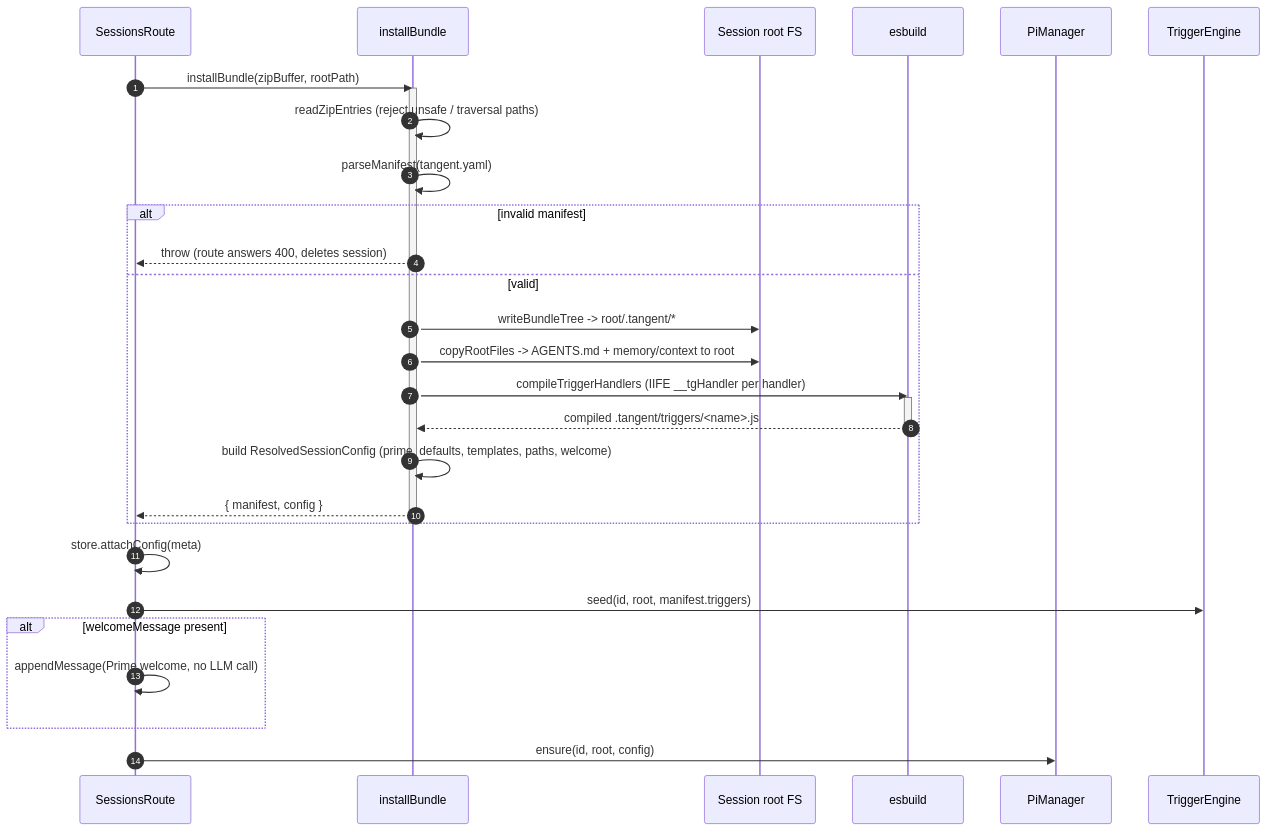
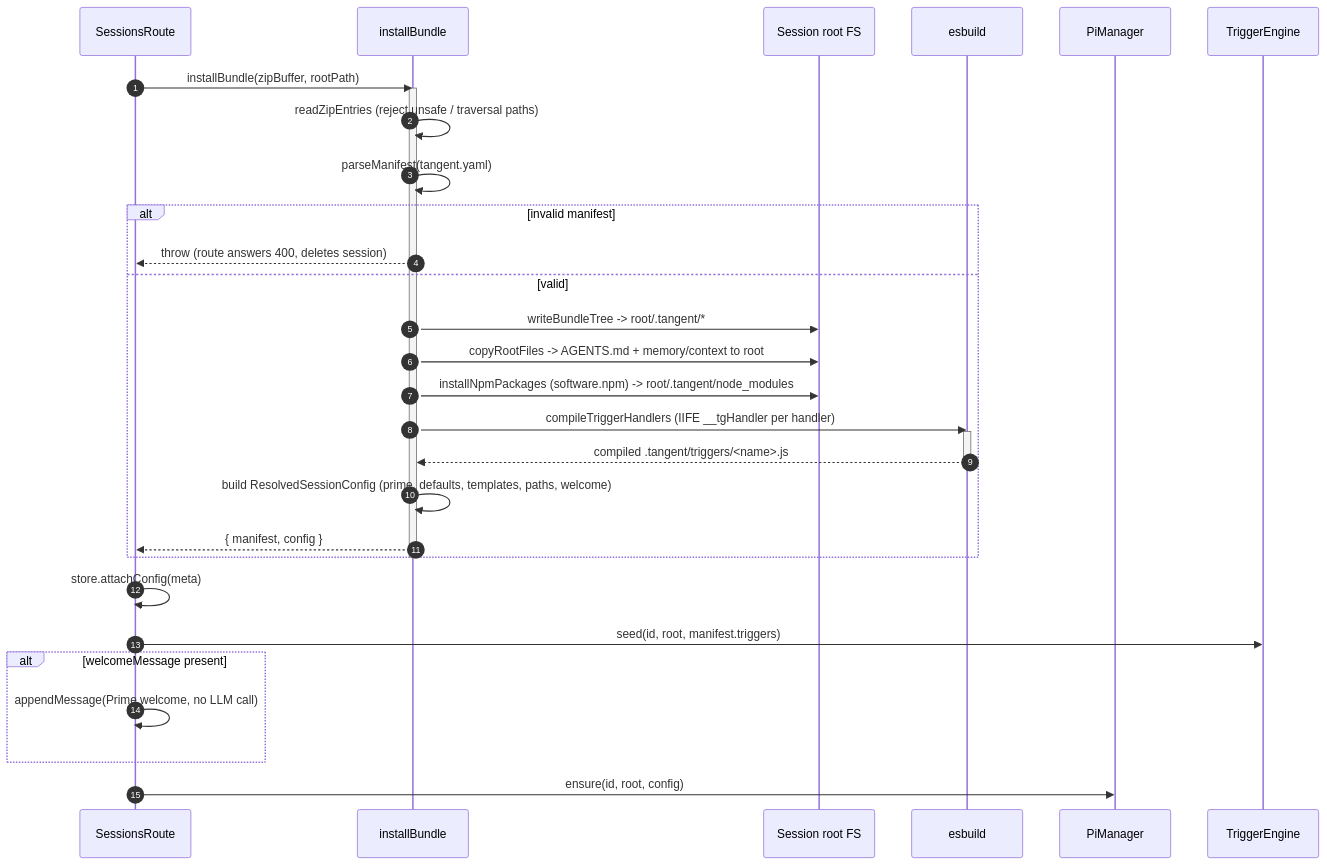
Before and after one commit to TangleML/tangent-shell: the diagram in docs/server/configuration-bundles.md, drawn with Mermaid. The commit also changed other lines of this file and 17 other files, not shown here.

Commit message:
feat: Bundles can request NPM packages

````diff
--- a/docs/server/configuration-bundles.md
+++ b/docs/server/configuration-bundles.md
@@ -69,34 +73,35 @@
 ```mermaid
 sequenceDiagram
   autonumber
   participant Route as SessionsRoute
   participant Install as installBundle
   participant FS as Session root FS
   participant ESBuild as esbuild
   participant PiManager
   participant TE as TriggerEngine
 
   Route->>Install: installBundle(zipBuffer, rootPath)
   activate Install
   Install->>Install: readZipEntries (reject unsafe / traversal paths)
   Install->>Install: parseManifest(tangent.yaml)
   alt invalid manifest
     Install-->>Route: throw (route answers 400, deletes session)
   else valid
     Install->>FS: writeBundleTree -> root/.tangent/*
     Install->>FS: copyRootFiles -> AGENTS.md + memory/context to root
+    Install->>FS: installNpmPackages (software.npm) -> root/.tangent/node_modules
     Install->>ESBuild: compileTriggerHandlers (IIFE __tgHandler per handler)
     activate ESBuild
     ESBuild-->>Install: compiled .tangent/triggers/<name>.js
     deactivate ESBuild
     Install->>Install: build ResolvedSessionConfig (prime, defaults, templates, paths, welcome)
     Install-->>Route: { manifest, config }
   end
   deactivate Install
   Route->>Route: store.attachConfig(meta)
   Route->>TE: seed(id, root, manifest.triggers)
   alt welcomeMessage present
     Route->>Route: appendMessage(Prime welcome, no LLM call)
   end
   Route->>PiManager: ensure(id, root, config)
 ```
````
